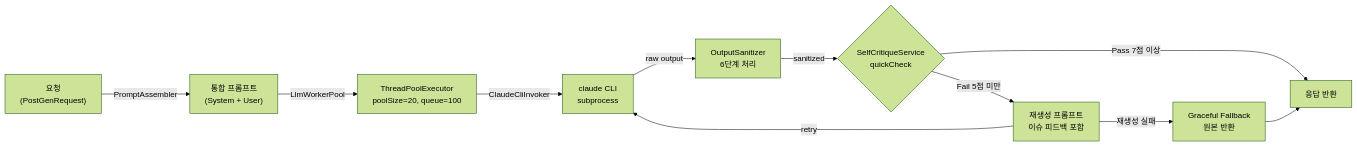
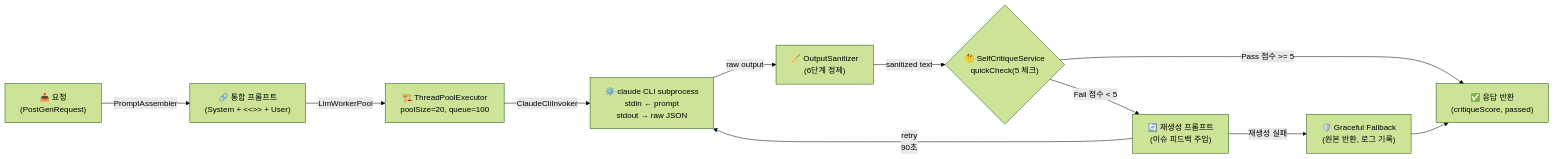
One commit to Justant-source/Again-Spring changed the first of 3 diagrams in ai-user/docs/llm.md. Above: the diagram before and after it, drawn with Mermaid (forest theme). The commit also changed other lines of this file and 45 other files, not shown here.

````diff
--- a/ai-user/docs/llm.md
+++ b/ai-user/docs/llm.md
@@ -16,13 +32,13 @@
 ```mermaid
 flowchart LR
-    A["요청<br/>(PostGenRequest)"] -->|PromptAssembler| B["통합 프롬프트<br/>(System + User)"]
-    B -->|LlmWorkerPool| C["ThreadPoolExecutor<br/>poolSize=20, queue=100"]
-    C -->|ClaudeCliInvoker| D["claude CLI<br/>subprocess"]
-    D -->|raw output| E["OutputSanitizer<br/>6단계 처리"]
-    E -->|sanitized| F{"SelfCritiqueService<br/>quickCheck"}
-    F -->|Pass 7점 이상| G["응답 반환"]
-    F -->|Fail 5점 미만| H["재생성 프롬프트<br/>이슈 피드백 포함"]
-    H -->|retry| D
-    H -->|재생성 실패| I["Graceful Fallback<br/>원본 반환"]
+    A["📥 요청<br/>(PostGenRequest)"] -->|PromptAssembler| B["🔗 통합 프롬프트<br/>(System + <<<USER_PROMPT>>> + User)"]
+    B -->|LlmWorkerPool| C["🏗️ ThreadPoolExecutor<br/>poolSize=20, queue=100"]
+    C -->|ClaudeCliInvoker| D["⚙️ claude CLI subprocess<br/>stdin ← prompt<br/>stdout → raw JSON"]
+    D -->|raw output| E["🧹 OutputSanitizer<br/>(6단계 정제)"]
+    E -->|sanitized text| F{"🤔 SelfCritiqueService<br/>quickCheck(5 체크)"}
+    F -->|Pass 점수 >= 5| G["✅ 응답 반환<br/>(critiqueScore, passed)"]
+    F -->|Fail 점수 < 5| H["🔄 재생성 프롬프트<br/>(이슈 피드백 주입)"]
+    H -->|retry<br/>90초| D
+    H -->|재생성 실패| I["🛡️ Graceful Fallback<br/>(원본 반환, 로그 기록)"]
     I --> G
 ```
````
